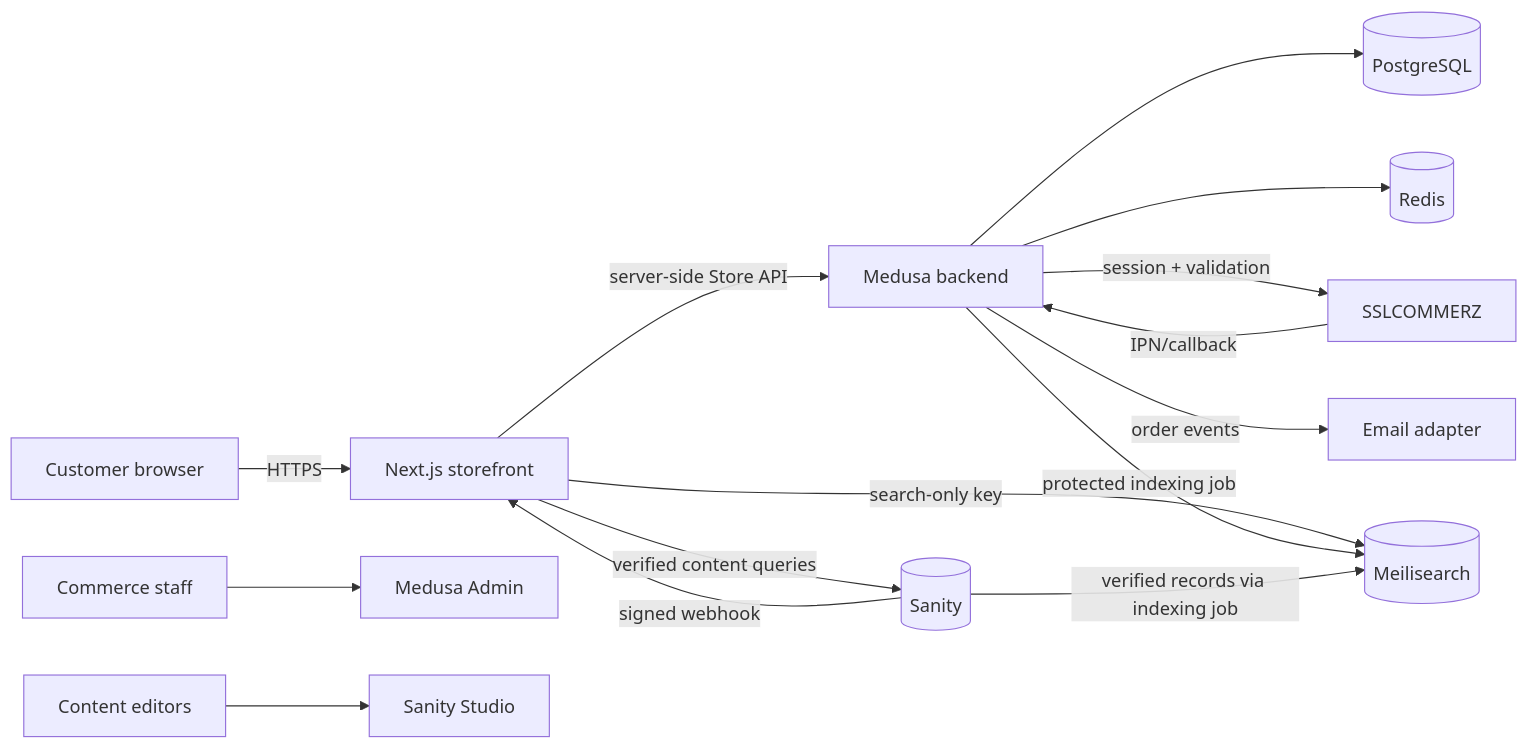
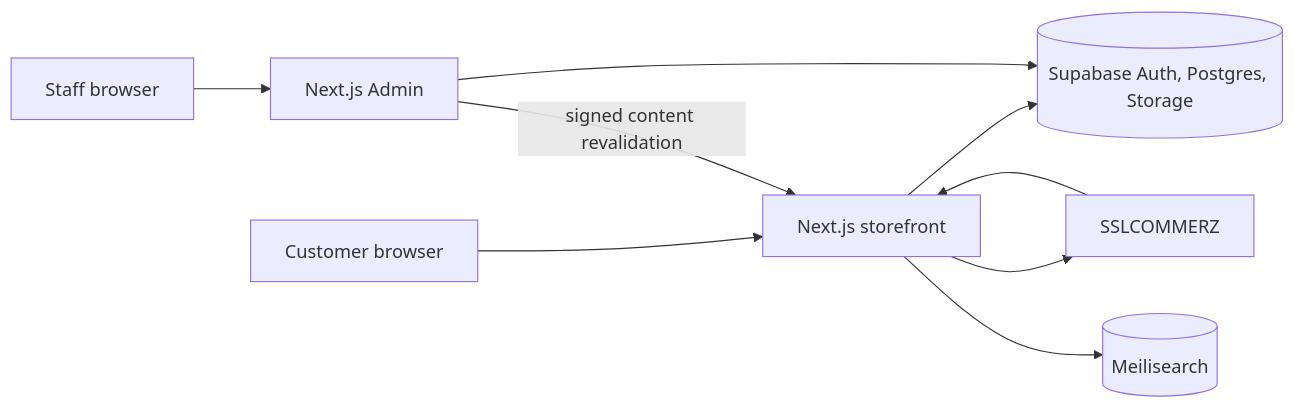
One commit to MushfiqurRashid/Banglablend changed the diagram in docs/architecture.md. Above: the diagram before and after it, drawn with Mermaid. The commit also changed other lines of this file and 452 other files, not shown here.

````diff
--- a/docs/architecture.md
+++ b/docs/architecture.md
@@ -5,17 +3,11 @@
 ```mermaid
 flowchart LR
-  Browser[Customer browser] -->|HTTPS| Storefront[Next.js storefront]
-  Staff[Commerce staff] --> Admin[Medusa Admin]
-  Editors[Content editors] --> Studio[Sanity Studio]
-  Storefront -->|server-side Store API| Medusa[Medusa backend]
-  Storefront -->|verified content queries| Sanity[(Sanity)]
-  Storefront -->|search-only key| Meili[(Meilisearch)]
-  Medusa --> Postgres[(PostgreSQL)]
-  Medusa --> Redis[(Redis)]
-  Medusa -->|session + validation| SSL[SSLCOMMERZ]
-  SSL -->|IPN/callback| Medusa
-  Medusa -->|order events| Email[Email adapter]
-  Sanity -->|signed webhook| Storefront
-  Medusa -->|protected indexing job| Meili
-  Sanity -->|verified records via indexing job| Meili
+  Customer[Customer browser] --> Storefront[Next.js storefront]
+  Staff[Staff browser] --> Admin[Next.js Admin]
+  Storefront --> Supabase[(Supabase Auth, Postgres, Storage)]
+  Admin --> Supabase
+  Storefront --> SSL[SSLCOMMERZ]
+  SSL --> Storefront
+  Storefront --> Meili[(Meilisearch)]
+  Admin -->|signed content revalidation| Storefront
 ```
````
